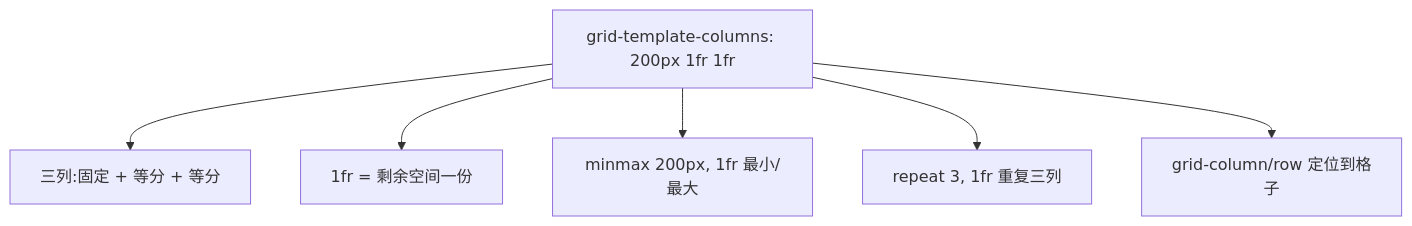
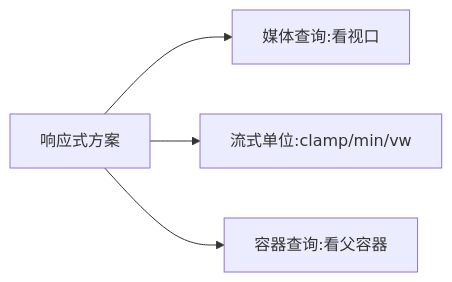
The diagram in frontend-knowledge-base/卷三-HTML与CSS/3.4-布局体系下-Grid与定位与响应式.md (inspire-man/frontend-knowledge-base), drawn with Mermaid before and after one commit. The commit also changed other lines of this file and 2 other files, not shown here.

````diff
--- a/frontend-knowledge-base/卷三-HTML与CSS/3.4-布局体系下-Grid与定位与响应式.md
+++ b/frontend-knowledge-base/卷三-HTML与CSS/3.4-布局体系下-Grid与定位与响应式.md
@@ -16,8 +65,6 @@
 ```mermaid
-flowchart TB
-    A[grid-template-columns: 200px 1fr 1fr] --> B[三列:固定 + 等分 + 等分]
-    A --> C[1fr = 剩余空间一份]
-    A --> D[minmax 200px, 1fr 最小/最大]
-    A --> E[repeat 3, 1fr 重复三列]
-    A --> F[grid-column/row 定位到格子]
+flowchart LR
+    A[响应式方案] --> B[媒体查询:看视口]
+    A --> C[流式单位:clamp/min/vw]
+    A --> D[容器查询:看父容器]
 ```
````
